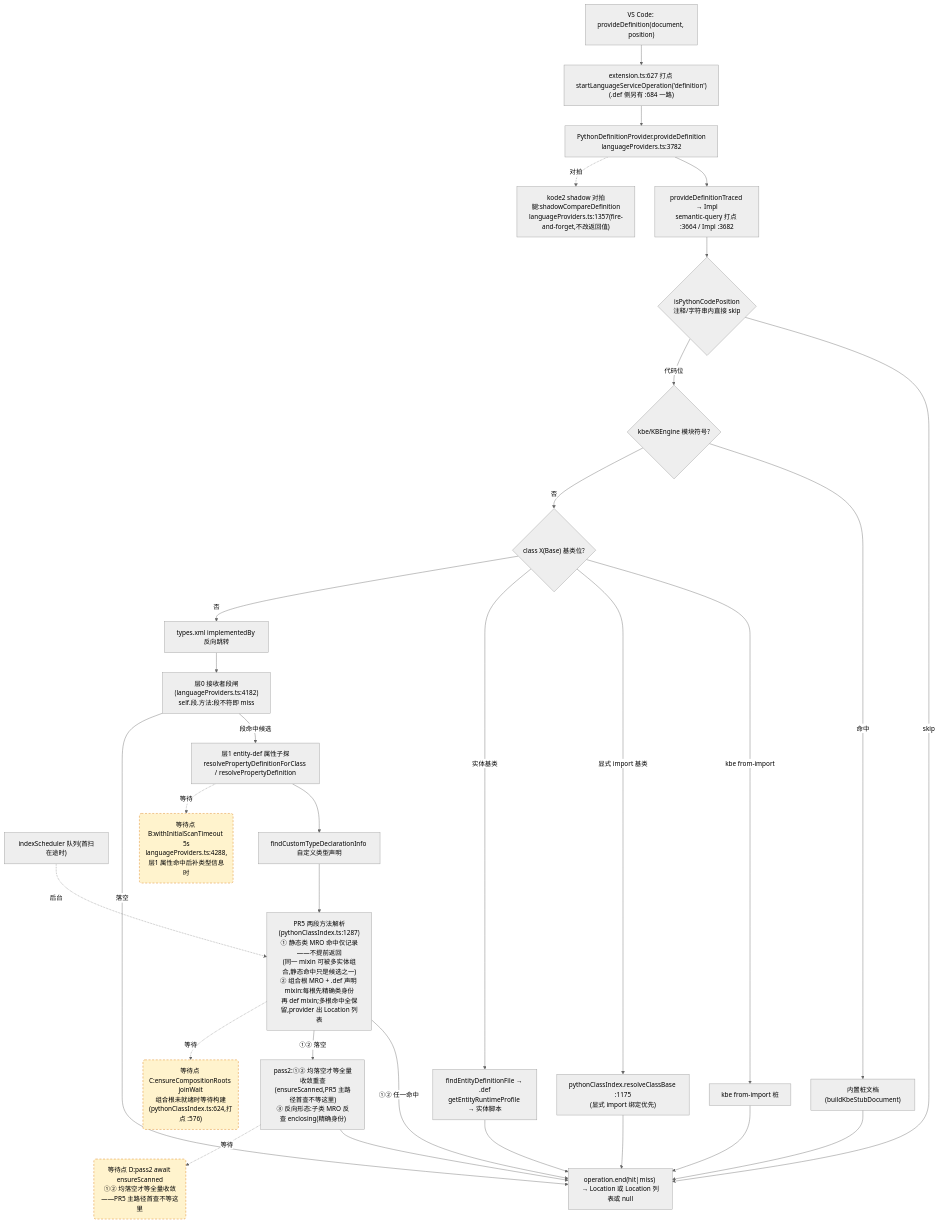
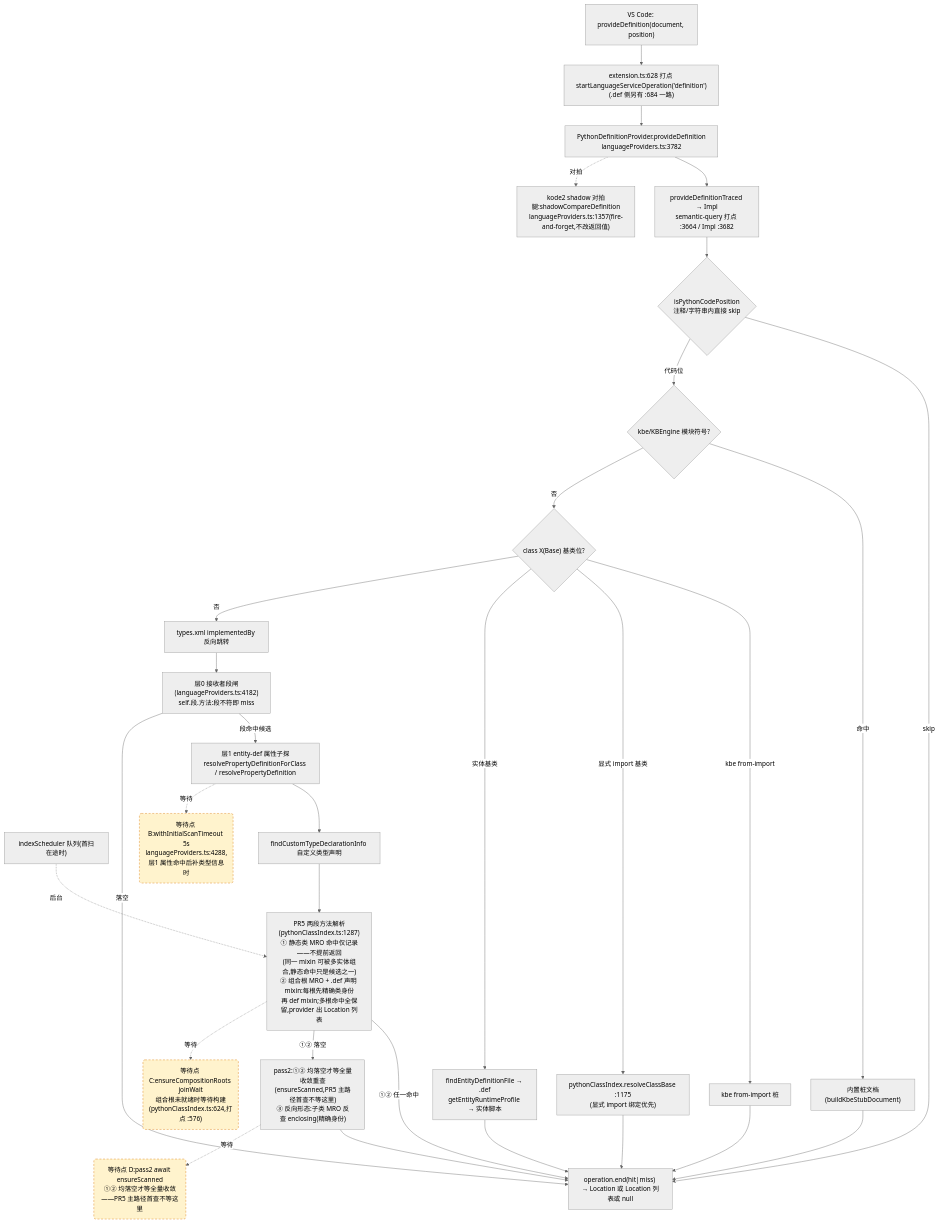
The second of 4 diagrams in docs/perf/2026-baseline.md (cuihairu/kode), drawn with Mermaid (neutral theme) before and after one commit. The commit also changed other lines of this file and 9 other files, not shown here.

````diff
--- a/docs/perf/2026-baseline.md
+++ b/docs/perf/2026-baseline.md
@@ -130,51 +130,51 @@
 ```mermaid
 flowchart TD
   VC2["VS Code: provideDefinition(document, position)"]
-  M2["extension.ts:627 打点 startLanguageServiceOperation('definition')<br/>(.def 侧另有 :684 一路)"]
+  M2["extension.ts:628 打点 startLanguageServiceOperation('definition')<br/>(.def 侧另有 :684 一路)"]
   AD2["PythonDefinitionProvider.provideDefinition<br/>languageProviders.ts:3782"]
   TR["provideDefinitionTraced → Impl<br/>semantic-query 打点 :3664 / Impl :3682"]
   CTX{"isPythonCodePosition<br/>注释/字符串内直接 skip"}
   KBE{"kbe/KBEngine 模块符号?"}
   STUB["内置桩文档(buildKbeStubDocument)"]
   CB{"class X(Base) 基类位?"}
   CB1["kbe from-import 桩"]
   CB2["pythonClassIndex.resolveClassBase :1175<br/>(显式 import 绑定优先)"]
   CB3["findEntityDefinitionFile → .def<br/>getEntityRuntimeProfile → 实体脚本"]
   REV["types.xml implementedBy 反向跳转"]
   L0["层0 接收者段闸(languageProviders.ts:4182)<br/>self.段.方法:段不符即 miss"]
   L1["层1 entity-def 属性子探<br/>resolvePropertyDefinitionForClass / resolvePropertyDefinition"]
   SCAN["indexScheduler 队列(首扫在途时)"]
   TY["findCustomTypeDeclarationInfo 自定义类型声明"]
   MRO["PR5 两段方法解析(pythonClassIndex.ts:1287)<br/>① 静态类 MRO 命中仅记录——不提前返回<br/>(同一 mixin 可被多实体组合,静态命中只是候选之一)<br/>② 组合根 MRO + .def 声明 mixin:每根先精确类身份<br/>再 def mixin;多根命中全保留,provider 出 Location 列表"]
   PASS2["pass2:①② 均落空才等全量收敛重查<br/>(ensureScanned,PR5 主路径首查不等这里)<br/>③ 反向形态:子类 MRO 反查 enclosing(精确身份)"]
   SHD["kode2 shadow 对拍腿:shadowCompareDefinition<br/>languageProviders.ts:1357(fire-and-forget,不改返回值)"]
   END2["operation.end(hit|miss) → Location 或 Location 列表或 null"]
 
   VC2 --> M2 --> AD2 --> TR --> CTX
   CTX -- "skip" --> END2
   CTX -- "代码位" --> KBE
   KBE -- "命中" --> STUB --> END2
   KBE -- "否" --> CB
   CB -- "kbe from-import" --> CB1 --> END2
   CB -- "显式 import 基类" --> CB2 --> END2
   CB -- "实体基类" --> CB3 --> END2
   CB -- "否" --> REV --> L0
   L0 -- "段命中候选" --> L1
   L0 -- "落空" --> END2
   L1 --> TY
   TY --> MRO
   MRO -- "①② 任一命中" --> END2
   MRO -- "①② 落空" --> PASS2 --> END2
   AD2 -.->|对拍| SHD
 
   WAITB("等待点 B:withInitialScanTimeout 5s<br/>languageProviders.ts:4288,层1 属性命中后补类型信息时")
   WAITC("等待点 C:ensureCompositionRoots joinWait<br/>组合根未就绪时等待构建(pythonClassIndex.ts:624,打点 :576)")
   WAITD("等待点 D:pass2 await ensureScanned<br/>①② 均落空才等全量收敛——PR5 主路径首查不等这里")
   L1 -.->|等待| WAITB
   MRO -.->|等待| WAITC
   PASS2 -.->|等待| WAITD
   SCAN -.->|后台| MRO
 
   classDef waitPoint fill:#fff3cd,stroke:#d97706,stroke-dasharray:5 4;
   class WAITB,WAITC,WAITD waitPoint;
 ```
````
